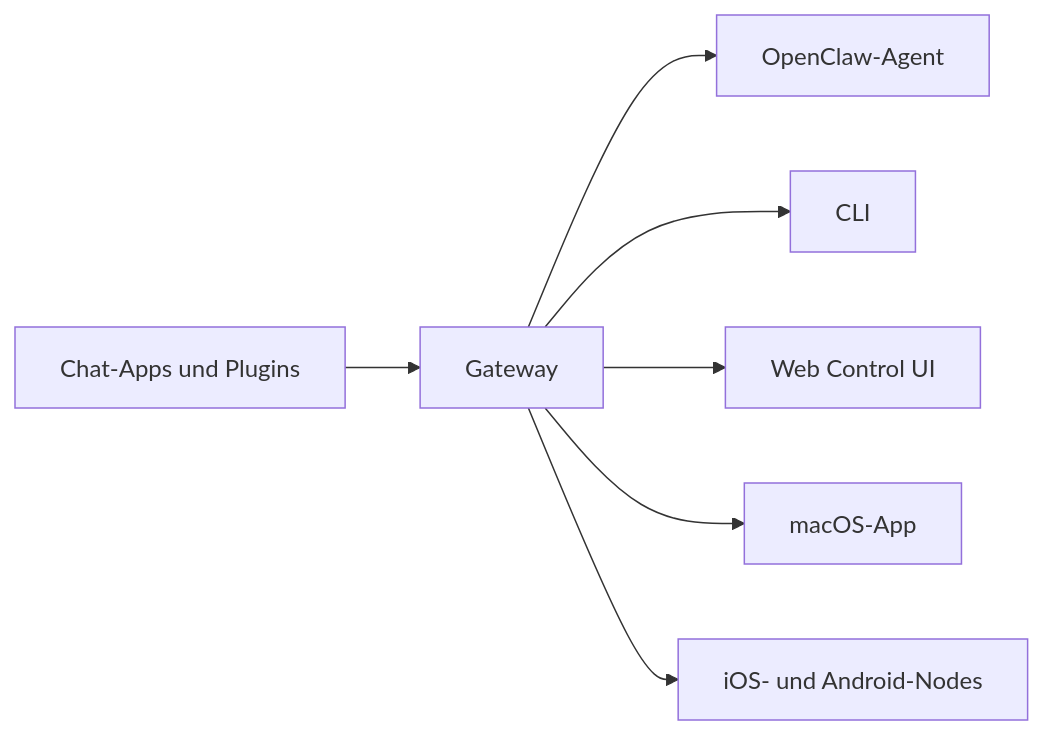
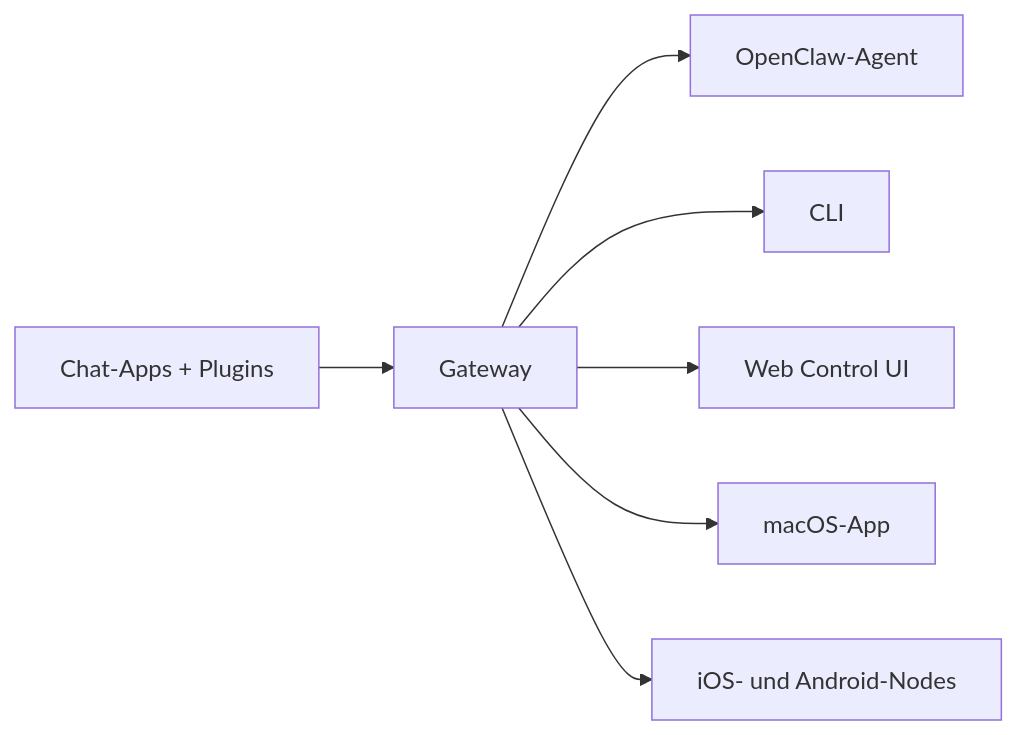
The diagram in openclaw-docs/de.md (is0383kk/ai-docs-sync-workflow), drawn with Mermaid before and after one commit. The commit also changed other lines of this file and 11096 other files, not shown here.

````diff
--- a/openclaw-docs/de.md
+++ b/openclaw-docs/de.md
@@ -113,9 +115,9 @@
 ```mermaid
 flowchart LR
-  A["Chat-Apps und Plugins"] --> B["Gateway"]
+  A["Chat-Apps + Plugins"] --> B["Gateway"]
   B --> C["OpenClaw-Agent"]
   B --> D["CLI"]
   B --> E["Web Control UI"]
   B --> F["macOS-App"]
   B --> G["iOS- und Android-Nodes"]
 ```
````
